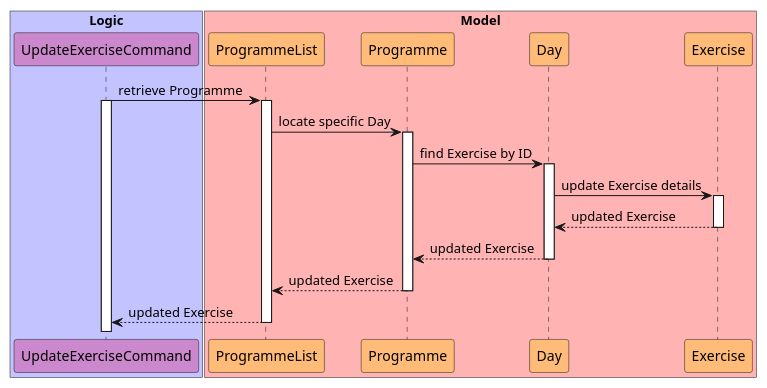
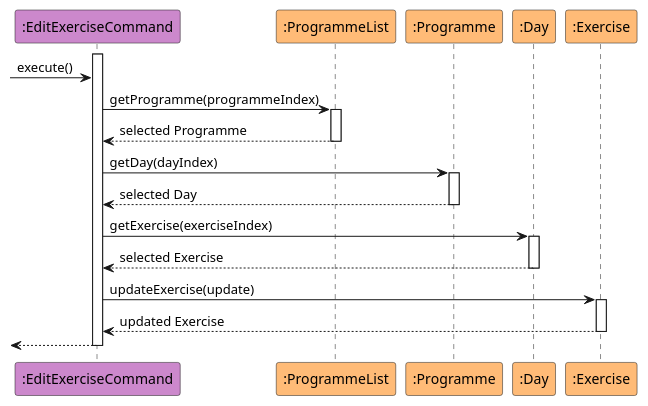
Before and after one commit to nus-cs2113-AY2425S1/tp: the diagram in docs/diagrams/editExerciseCommand.puml, drawn with PlantUML. The commit also changed 30 other files, not shown here.

Commit message:
Fix sequence diagram bugs

```diff
--- a/docs/diagrams/editExerciseCommand.puml
+++ b/docs/diagrams/editExerciseCommand.puml
@@ -1,37 +1,34 @@
 @startuml
-box "Logic" #c3c3ff
-participant "UpdateExerciseCommand" as UpdateExerciseCommand #cc88cc
-end box
+participant ":EditExerciseCommand" as AddExerciseCommand #cc88cc
+participant ":ProgrammeList" as ProgrammeList #ffbb77
+participant ":Programme" as Programme #ffbb77
+participant ":Day" as Day #ffbb77
+participant ":Exercise" as Exercise #ffbb77
 
-box "Model" #ffb3b3
-participant "ProgrammeList" as ProgrammeList #ffbb77
-participant "Programme" as Programme #ffbb77
-participant "Day" as Day #ffbb77
-participant "Exercise" as Exercise #ffbb77
-end box
 
-UpdateExerciseCommand -> ProgrammeList : retrieve Programme
-activate UpdateExerciseCommand
+activate AddExerciseCommand
+-> AddExerciseCommand : execute()
+
+AddExerciseCommand -> ProgrammeList : getProgramme(programmeIndex)
 activate ProgrammeList
+ProgrammeList --> AddExerciseCommand : selected Programme
+deactivate ProgrammeList
 
-ProgrammeList -> Programme : locate specific Day
+AddExerciseCommand -> Programme : getDay(dayIndex)
 activate Programme
+Programme --> AddExerciseCommand : selected Day
+deactivate Programme
 
-Programme -> Day : find Exercise by ID
+AddExerciseCommand -> Day: getExercise(exerciseIndex)
 activate Day
+Day --> AddExerciseCommand: selected Exercise
+deactivate Day
 
-Day -> Exercise : update Exercise details
+AddExerciseCommand -> Exercise: updateExercise(update)
 activate Exercise
-
-Exercise --> Day : updated Exercise
+AddExerciseCommand <-- Exercise: updated Exercise
 deactivate Exercise
 
-Day --> Programme : updated Exercise
-deactivate Day
-
-Programme --> ProgrammeList : updated Exercise
-deactivate Programme
-
-ProgrammeList --> UpdateExerciseCommand : updated Exercise
-deactivate ProgrammeList
+<-- AddExerciseCommand
+deactivate AddExerciseCommand
 @enduml
```
